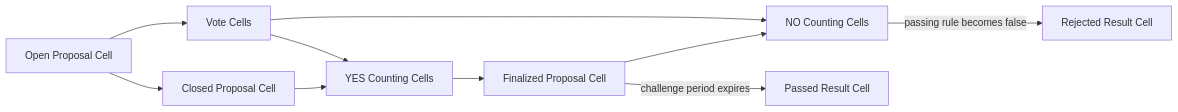
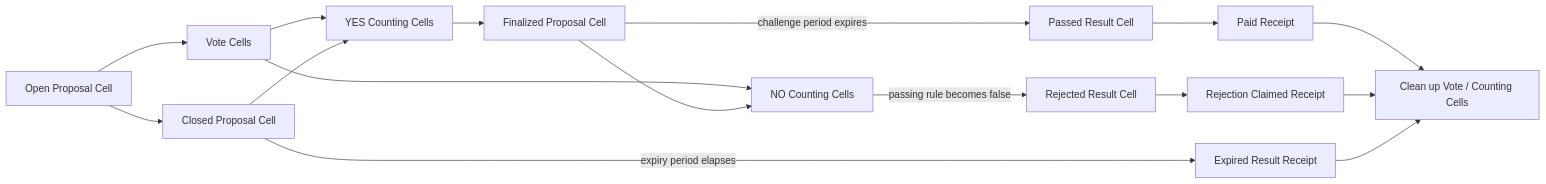
Before and after one commit to nervosnetwork/ckb-treasury-lab: the diagram in impl/counting-contracts/README.md, drawn with Mermaid. The commit also changed other lines of this file and 7 other files, not shown here.

````diff
--- a/impl/counting-contracts/README.md
+++ b/impl/counting-contracts/README.md
@@ -14,12 +14,18 @@
 ```mermaid
 flowchart LR
     P[Open Proposal Cell] --> V[Vote Cells]
     P --> C[Closed Proposal Cell]
     V --> Y[YES Counting Cells]
     C --> Y
     Y --> F[Finalized Proposal Cell]
     V --> N[NO Counting Cells]
     F --> N
     F -->|challenge period expires| R[Passed Result Cell]
     N -->|passing rule becomes false| X[Rejected Result Cell]
+    C -->|expiry period elapses| E[Expired Result Receipt]
+    R --> PR[Paid Receipt]
+    X --> XR[Rejection Claimed Receipt]
+    PR --> K[Clean up Vote / Counting Cells]
+    XR --> K
+    E --> K
 ```
````
